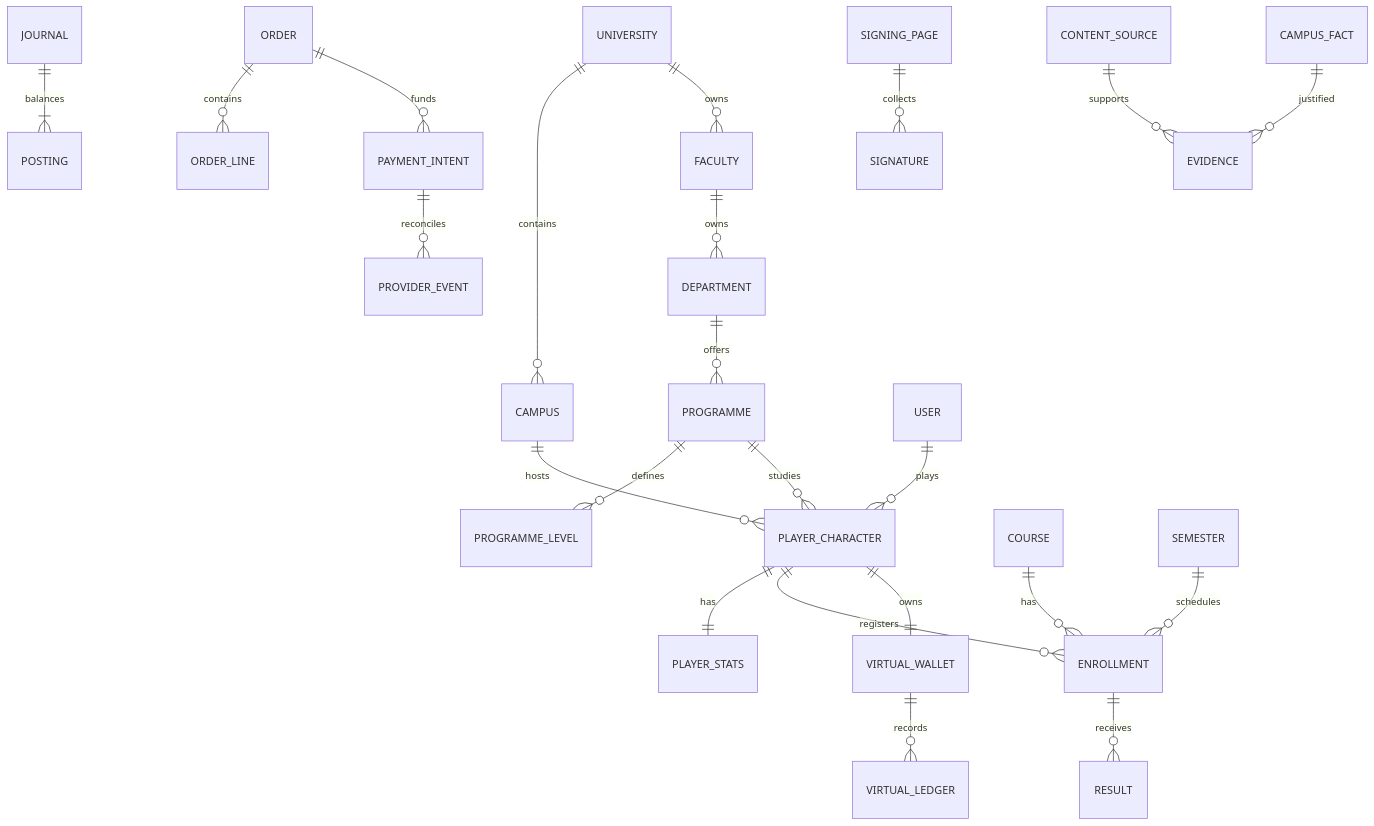
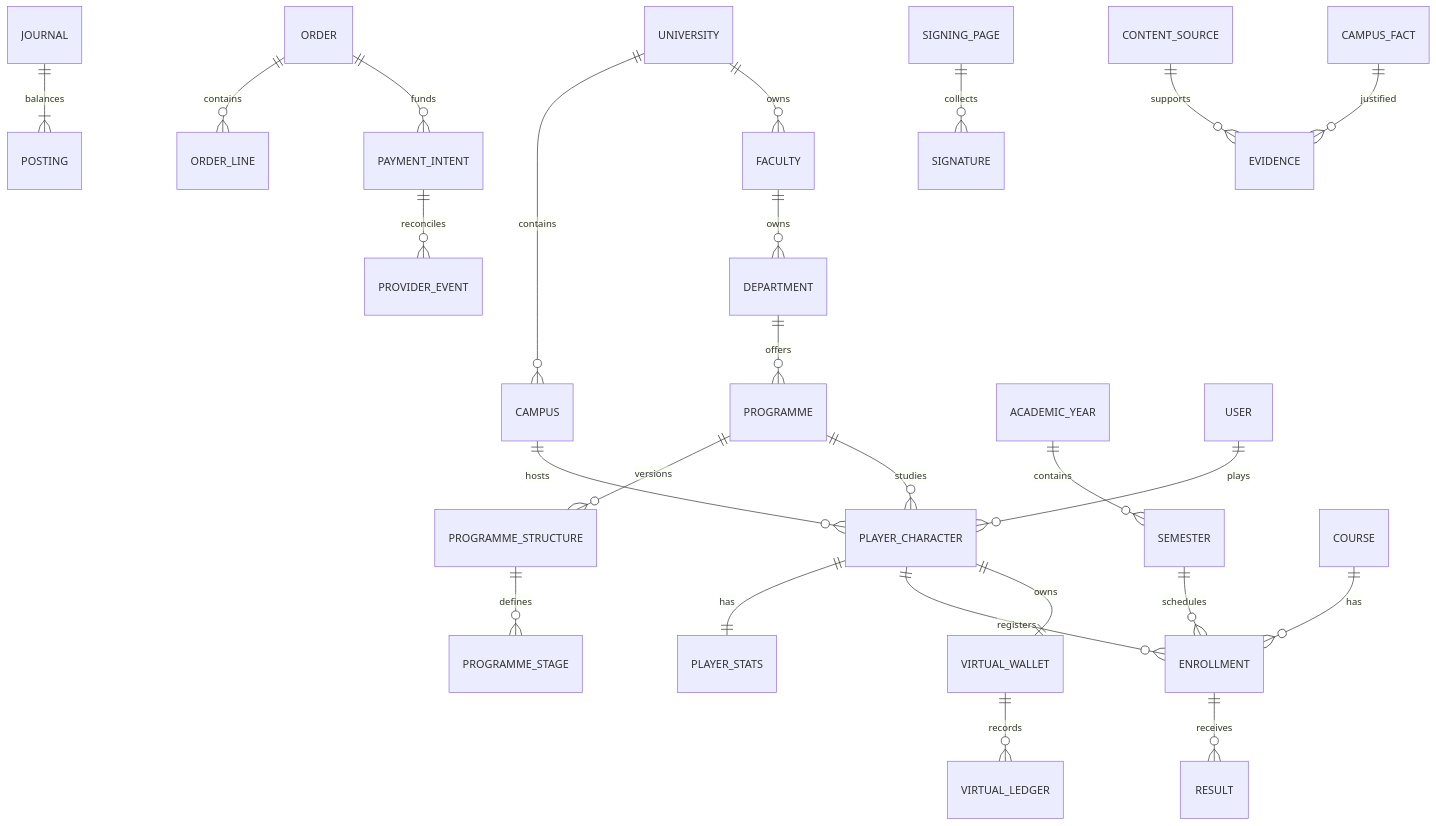
Before and after one commit to kinglove58/campuswahala: the diagram in docs/domain-model.md, drawn with Mermaid. The commit also changed other lines of this file and 49 other files, not shown here.

````diff
--- a/docs/domain-model.md
+++ b/docs/domain-model.md
@@ -20,25 +20,27 @@
 ```mermaid
 erDiagram
   UNIVERSITY ||--o{ CAMPUS : contains
   UNIVERSITY ||--o{ FACULTY : owns
   FACULTY ||--o{ DEPARTMENT : owns
   DEPARTMENT ||--o{ PROGRAMME : offers
-  PROGRAMME ||--o{ PROGRAMME_LEVEL : defines
+  PROGRAMME ||--o{ PROGRAMME_STRUCTURE : versions
+  PROGRAMME_STRUCTURE ||--o{ PROGRAMME_STAGE : defines
+  ACADEMIC_YEAR ||--o{ SEMESTER : contains
   USER ||--o{ PLAYER_CHARACTER : plays
   CAMPUS ||--o{ PLAYER_CHARACTER : hosts
   PROGRAMME ||--o{ PLAYER_CHARACTER : studies
   PLAYER_CHARACTER ||--|| PLAYER_STATS : has
   PLAYER_CHARACTER ||--o{ ENROLLMENT : registers
   COURSE ||--o{ ENROLLMENT : has
   SEMESTER ||--o{ ENROLLMENT : schedules
   ENROLLMENT ||--o{ RESULT : receives
   PLAYER_CHARACTER ||--|| VIRTUAL_WALLET : owns
   VIRTUAL_WALLET ||--o{ VIRTUAL_LEDGER : records
   PAYMENT_INTENT ||--o{ PROVIDER_EVENT : reconciles
   JOURNAL ||--|{ POSTING : balances
   ORDER ||--o{ ORDER_LINE : contains
   ORDER ||--o{ PAYMENT_INTENT : funds
   SIGNING_PAGE ||--o{ SIGNATURE : collects
   CONTENT_SOURCE ||--o{ EVIDENCE : supports
   CAMPUS_FACT ||--o{ EVIDENCE : justified
 ```
````
